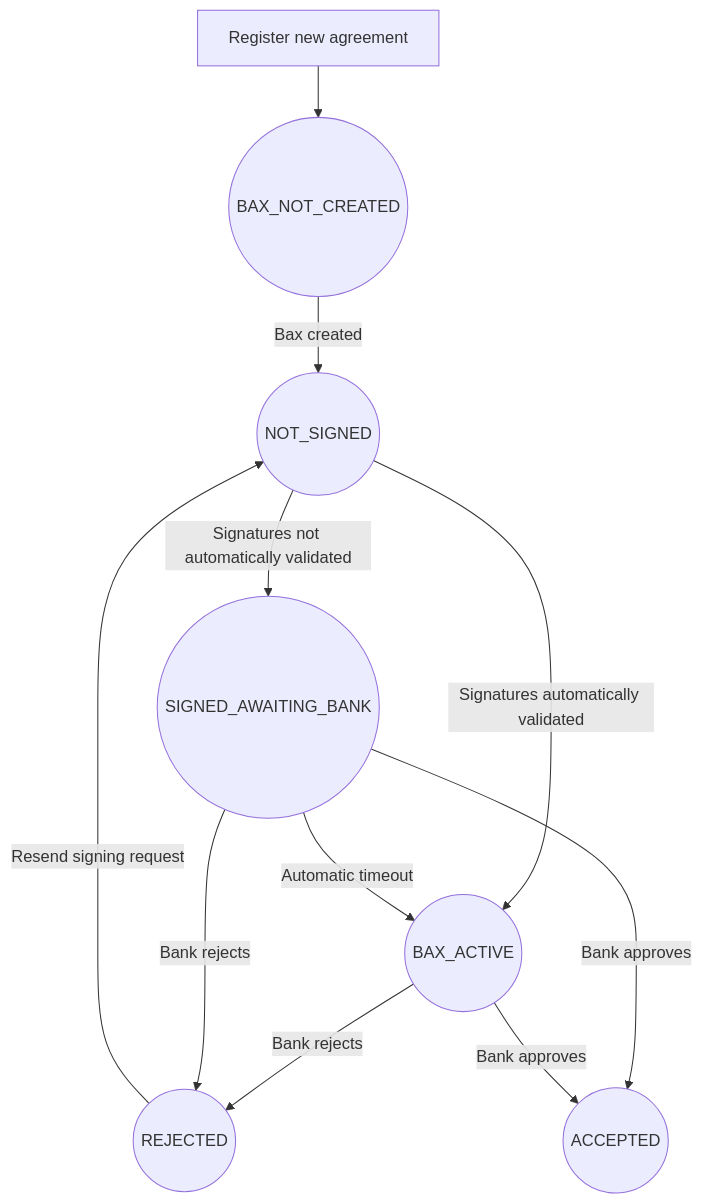
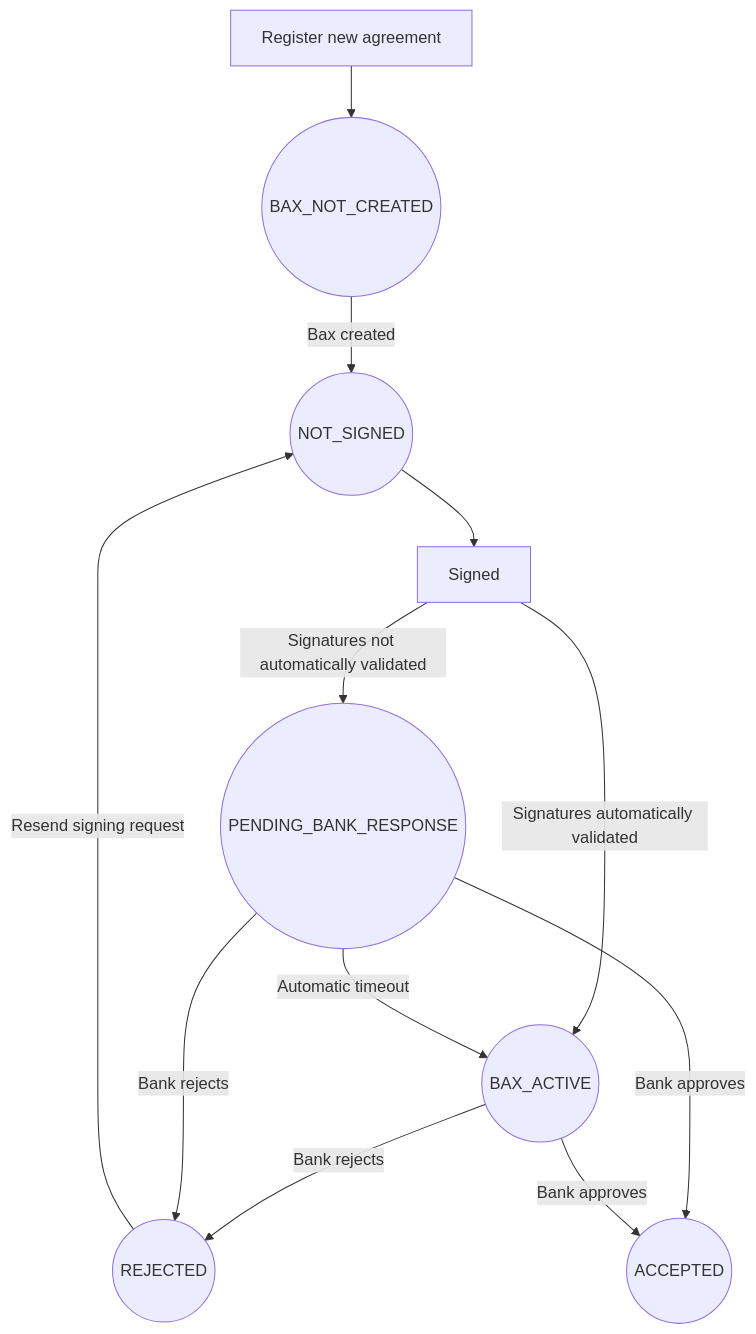
The diagram in docs/getting_started.md (BankAxept/bankaxept-onboarding-external-documentation), drawn with Mermaid before and after one commit. The commit also changed other lines of this file, not shown here.

````diff
--- a/docs/getting_started.md
+++ b/docs/getting_started.md
@@ -40,13 +40,14 @@
 ```mermaid
 graph TD
     A[Register new agreement] --> B((BAX_NOT_CREATED))
     B -->|Bax created| C((NOT_SIGNED))
-    C -->|Signatures not automatically validated| D((SIGNED_AWAITING_BANK))
-    C -->|Signatures automatically validated| E((BAX_ACTIVE))
+    C --> H[Signed]
+    H -->|Signatures not automatically validated| D((PENDING_BANK_RESPONSE))
+    H -->|Signatures automatically validated| E((BAX_ACTIVE))
     E -->|Bank rejects| F((REJECTED))
     D -->|Bank rejects| F((REJECTED))
     D -->|Bank approves| G((ACCEPTED))
     D -->|Automatic timeout| E((BAX_ACTIVE))
     E -->|Bank approves| G((ACCEPTED))
     F -->|Resend signing request| C((NOT_SIGNED))
 ```
````
